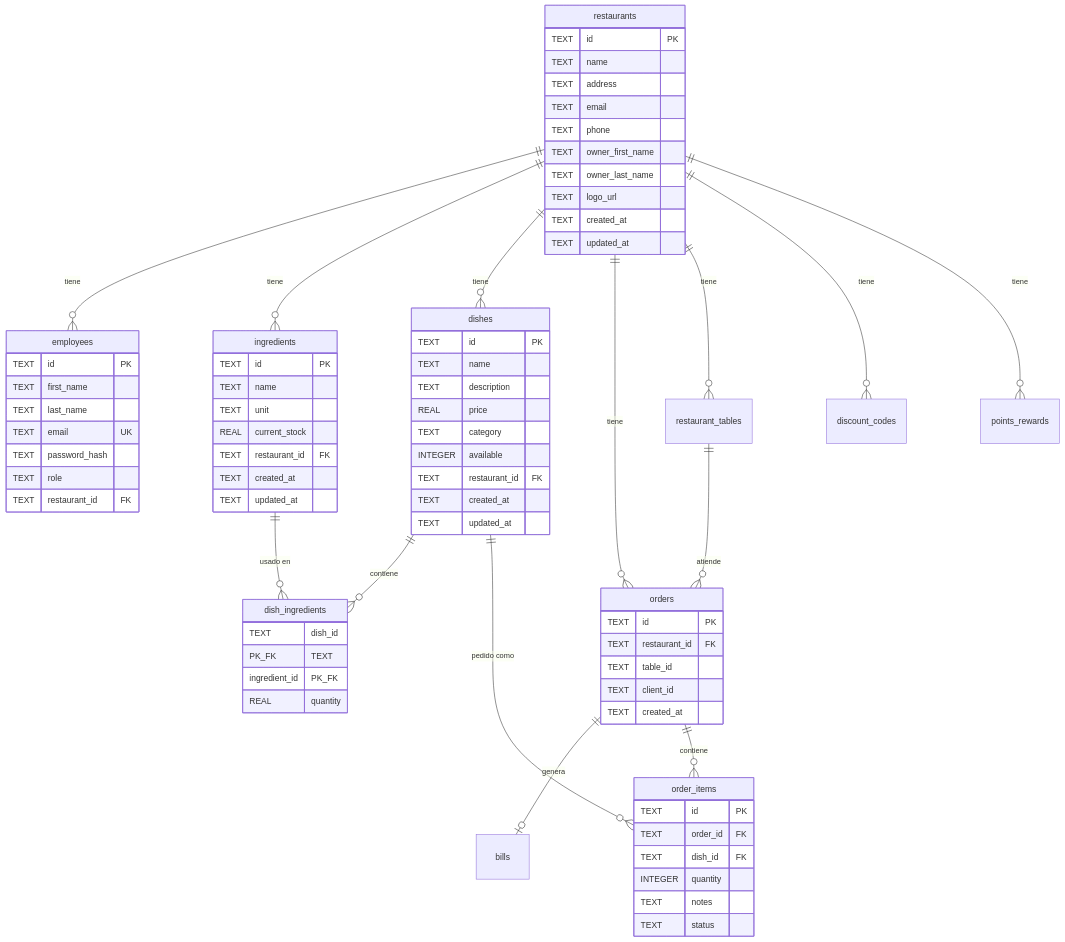
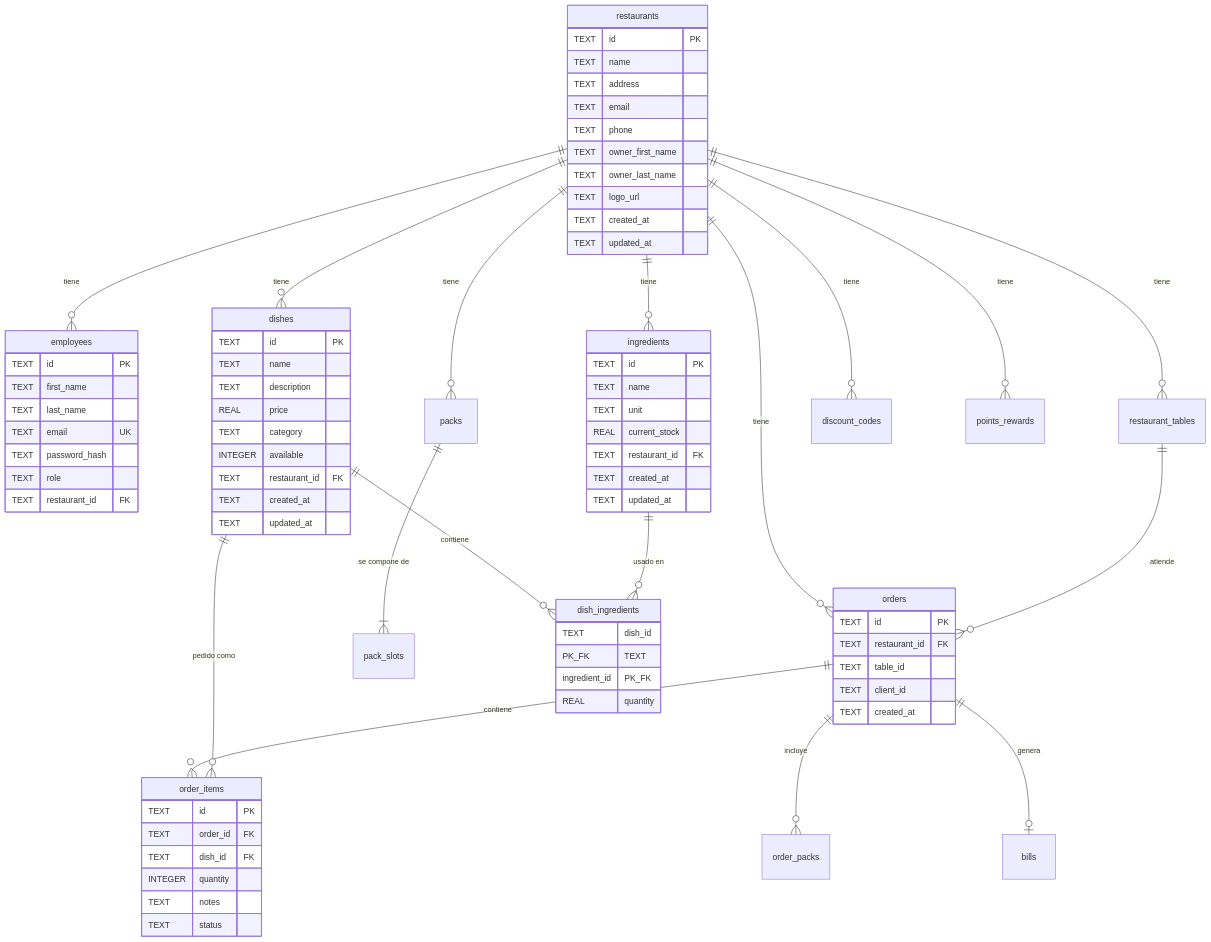
Before and after one commit to lmcarrasco20/curso-claude: the diagram in docs/dominio/modelo-datos.md, drawn with Mermaid. The commit also changed other lines of this file and 4 other files, not shown here.

```diff
--- a/docs/dominio/modelo-datos.md
+++ b/docs/dominio/modelo-datos.md
@@ -13,6 +13,9 @@
     restaurants ||--o{ dishes : "tiene"
     restaurants ||--o{ orders : "tiene"
     restaurants ||--o{ restaurant_tables : "tiene"
+    restaurants ||--o{ packs : "tiene"
+    packs ||--|{ pack_slots : "se compone de"
+    orders ||--o{ order_packs : "incluye"
     restaurants ||--o{ discount_codes : "tiene"
     restaurants ||--o{ points_rewards : "tiene"
     orders ||--o| bills : "genera"
```
